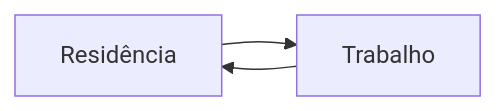
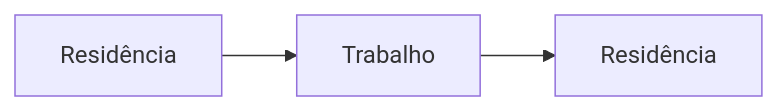
Before and after one commit to lorransr/CAT: the diagram in Artigo - Congresso.md, drawn with Mermaid. The commit also changed other lines of this file, not shown here.

````diff
--- a/Artigo - Congresso.md
+++ b/Artigo - Congresso.md
@@ -15,5 +15,5 @@
 ```mermaid
 	graph LR
-    Residência --> Trabalho
+    id1[Residência] --> Trabalho
     Trabalho --> Residência
 ```
````
